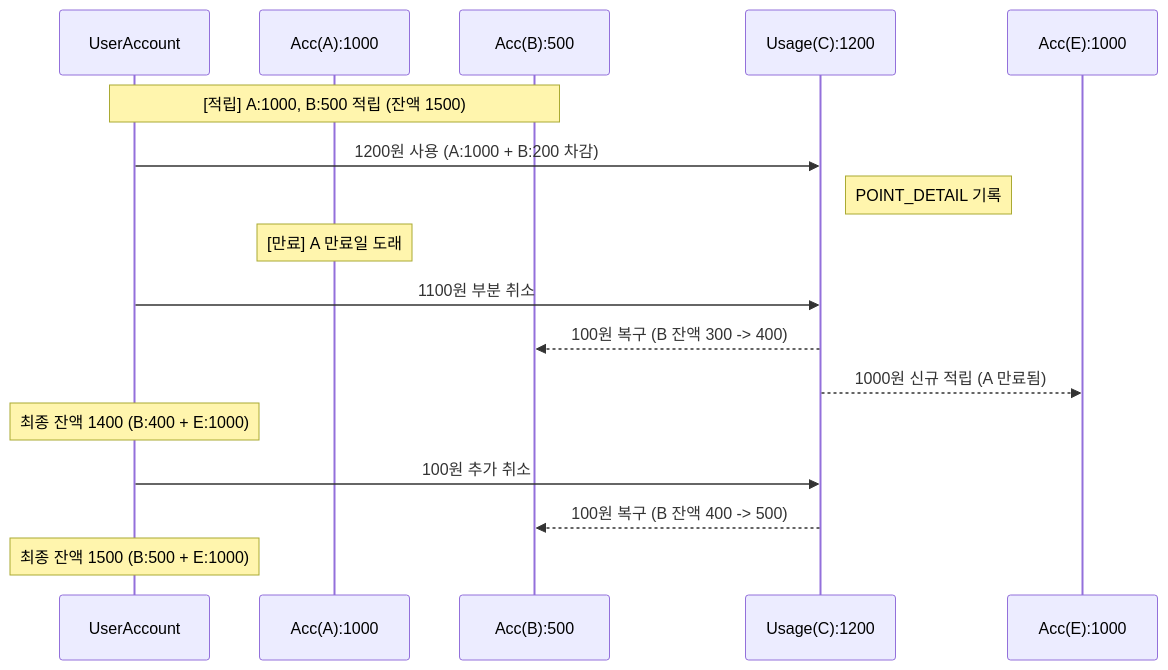
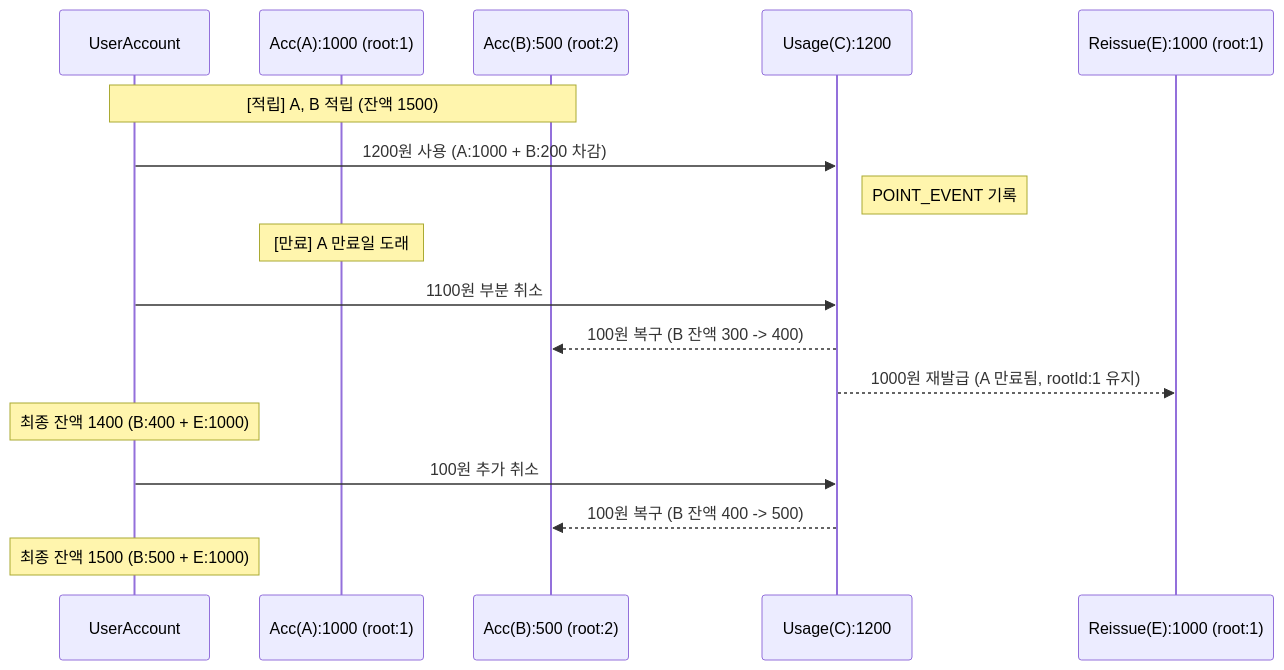
Before and after one commit to muzzaiwork/point: the diagram in docs/시나리오 흐름.md, drawn with Mermaid. The commit also changed other lines of this file and 15 other files, not shown here.

Commit message:
PointEvent 도입 및 rootPointId 추가 등 설계 변경 사항 반영

````diff
--- a/docs/시나리오 흐름.md
+++ b/docs/시나리오 흐름.md
@@ -106,20 +112,20 @@
 ```mermaid
 sequenceDiagram
     participant U as UserAccount
-    participant A as Acc(A):1000
-    participant B as Acc(B):500
+    participant A as Acc(A):1000 (root:1)
+    participant B as Acc(B):500 (root:2)
     participant C as Usage(C):1200
-    participant E as Acc(E):1000
+    participant E as Reissue(E):1000 (root:1)
 
-    Note over U, B: [적립] A:1000, B:500 적립 (잔액 1500)
+    Note over U, B: [적립] A, B 적립 (잔액 1500)
     U->>C: 1200원 사용 (A:1000 + B:200 차감)
-    Note right of C: POINT_DETAIL 기록
+    Note right of C: POINT_EVENT 기록
     Note over A: [만료] A 만료일 도래
     U->>C: 1100원 부분 취소
     C-->>B: 100원 복구 (B 잔액 300 -> 400)
-    C-->>E: 1000원 신규 적립 (A 만료됨)
+    C-->>E: 1000원 재발급 (A 만료됨, rootId:1 유지)
     Note over U: 최종 잔액 1400 (B:400 + E:1000)
     U->>C: 100원 추가 취소
     C-->>B: 100원 복구 (B 잔액 400 -> 500)
     Note over U: 최종 잔액 1500 (B:500 + E:1000)
 ```
````
